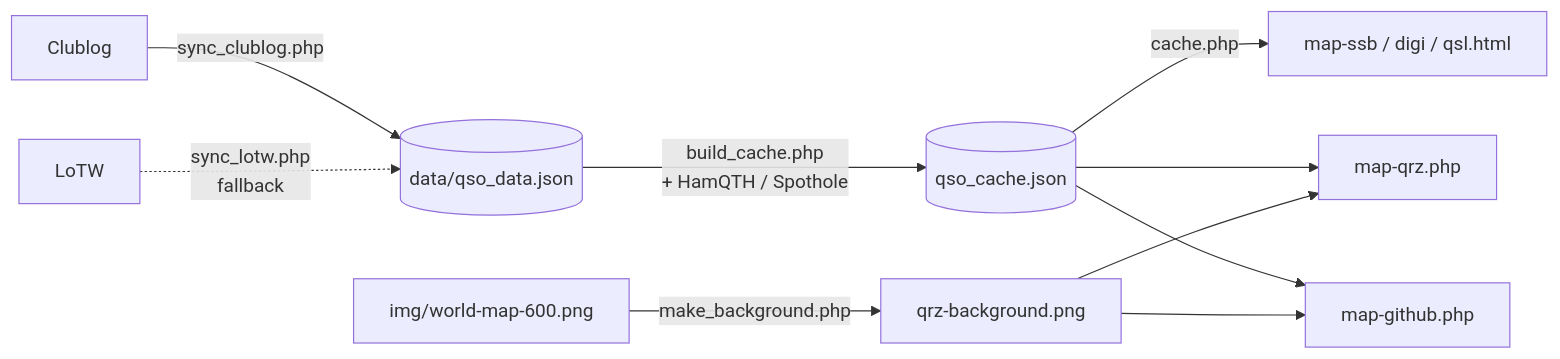
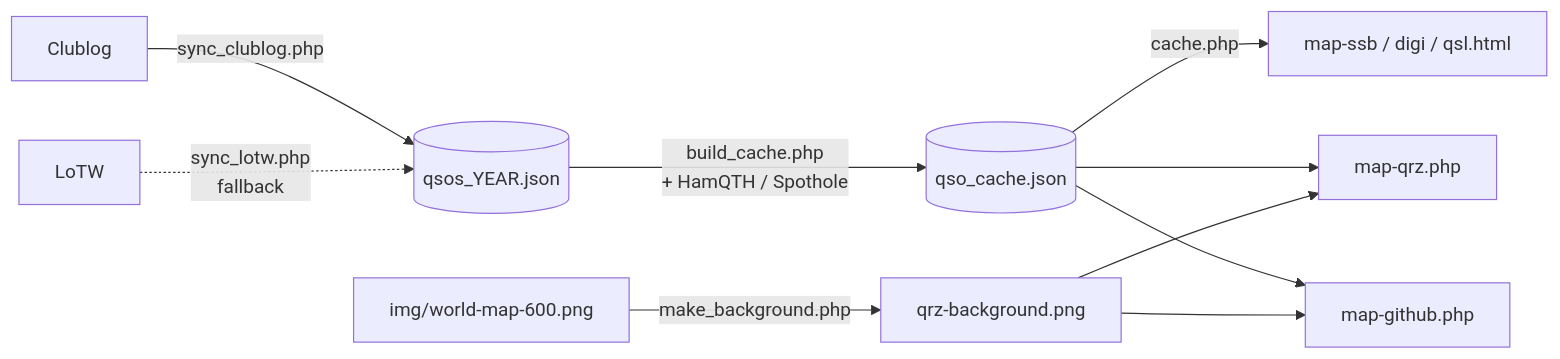
Before and after one commit to tomduca/qsomap: the diagram in README.md, drawn with Mermaid. The commit also changed other lines of this file and 10 other files, not shown here.

````diff
--- a/README.md
+++ b/README.md
@@ -28,12 +28,12 @@
 ```mermaid
 flowchart LR
-    CL[Clublog] -->|sync_clublog.php| D[(data/qso_data.json)]
+    CL[Clublog] -->|sync_clublog.php| D[(qsos_YEAR.json)]
     LW[LoTW] -.->|sync_lotw.php<br/>fallback| D
     D -->|build_cache.php<br/>+ HamQTH / Spothole| C[(qso_cache.json)]
     C -->|cache.php| I[map-ssb / digi / qsl.html]
     C --> Q[map-qrz.php]
     C --> G[map-github.php]
     B[img/world-map-600.png] -->|make_background.php| P[qrz-background.png]
     P --> Q
     P --> G
 ```
````
